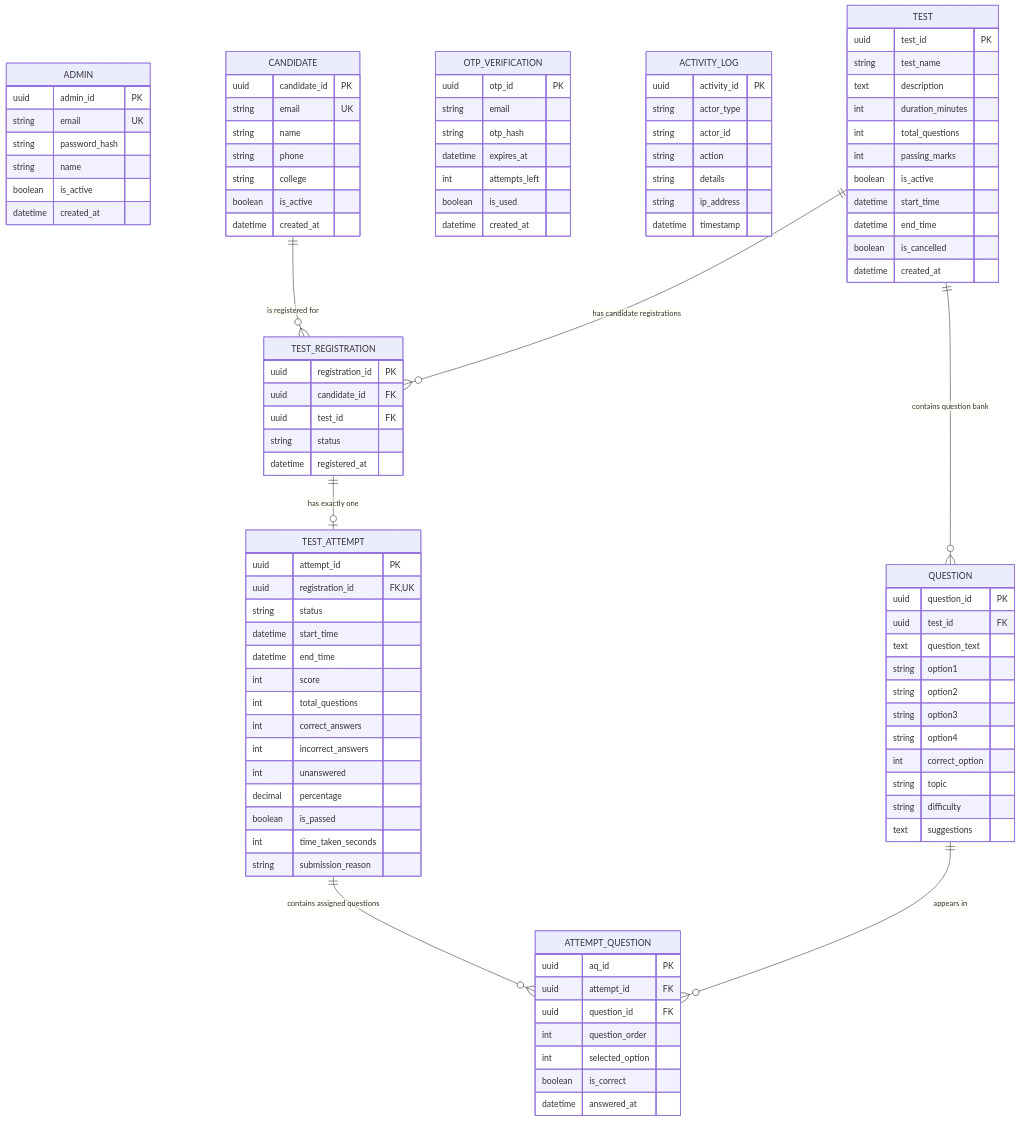
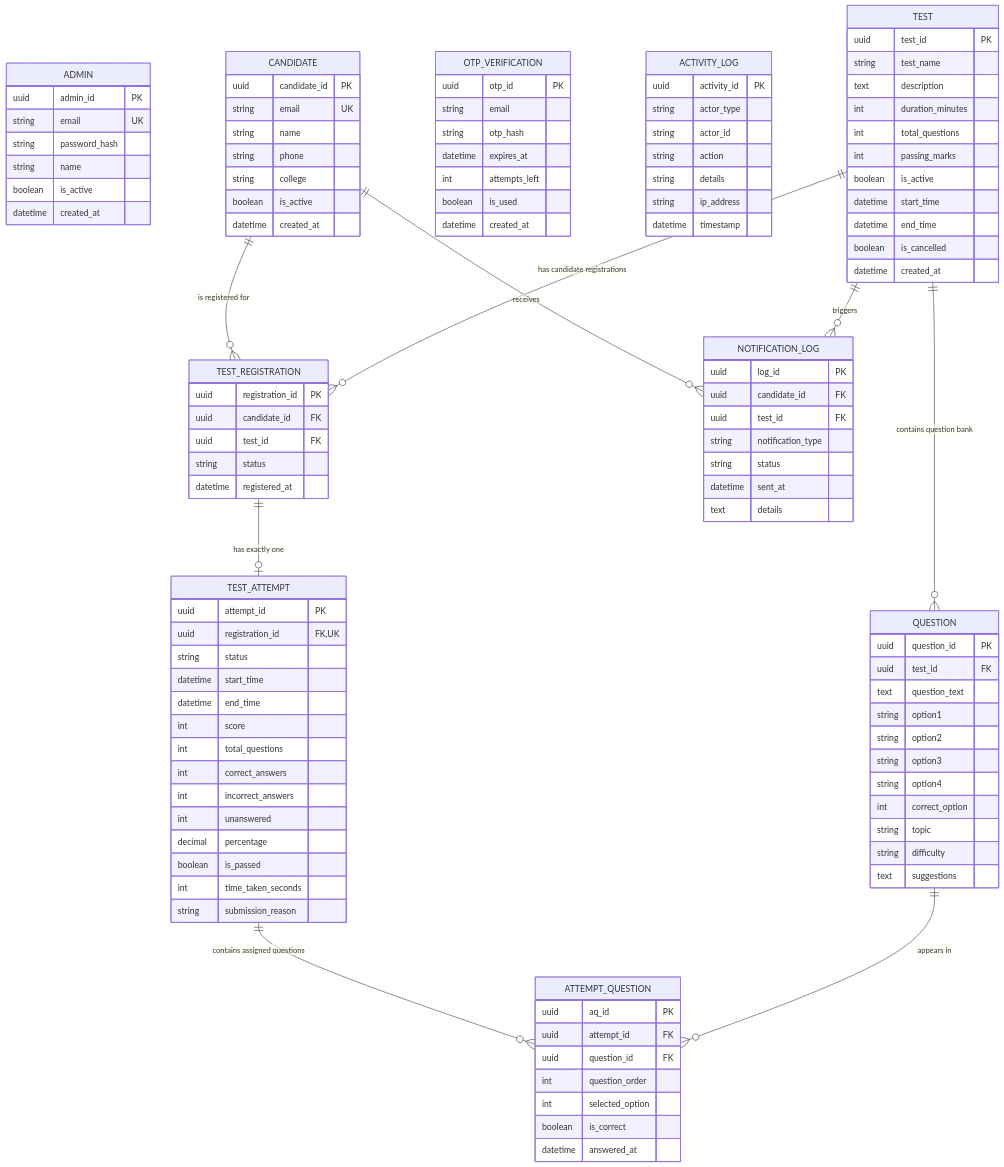
The second of 4 diagrams in docs/ARCHITECTURE.md (Ayush7kr/hire-scan), drawn with Mermaid before and after one commit. The commit also changed other lines of this file and 28 other files, not shown here.

```diff
--- a/docs/ARCHITECTURE.md
+++ b/docs/ARCHITECTURE.md
@@ -206,9 +207,21 @@
         datetime answered_at
     }
 
+    NOTIFICATION_LOG {
+        uuid log_id PK
+        uuid candidate_id FK
+        uuid test_id FK
+        string notification_type
+        string status
+        datetime sent_at
+        text details
+    }
+
     CANDIDATE ||--o{ TEST_REGISTRATION : "is registered for"
+    CANDIDATE ||--o{ NOTIFICATION_LOG : "receives"
     TEST ||--o{ TEST_REGISTRATION : "has candidate registrations"
     TEST ||--o{ QUESTION : "contains question bank"
+    TEST ||--o{ NOTIFICATION_LOG : "triggers"
     TEST_REGISTRATION ||--o| TEST_ATTEMPT : "has exactly one"
     TEST_ATTEMPT ||--o{ ATTEMPT_QUESTION : "contains assigned questions"
     QUESTION ||--o{ ATTEMPT_QUESTION : "appears in"
```
